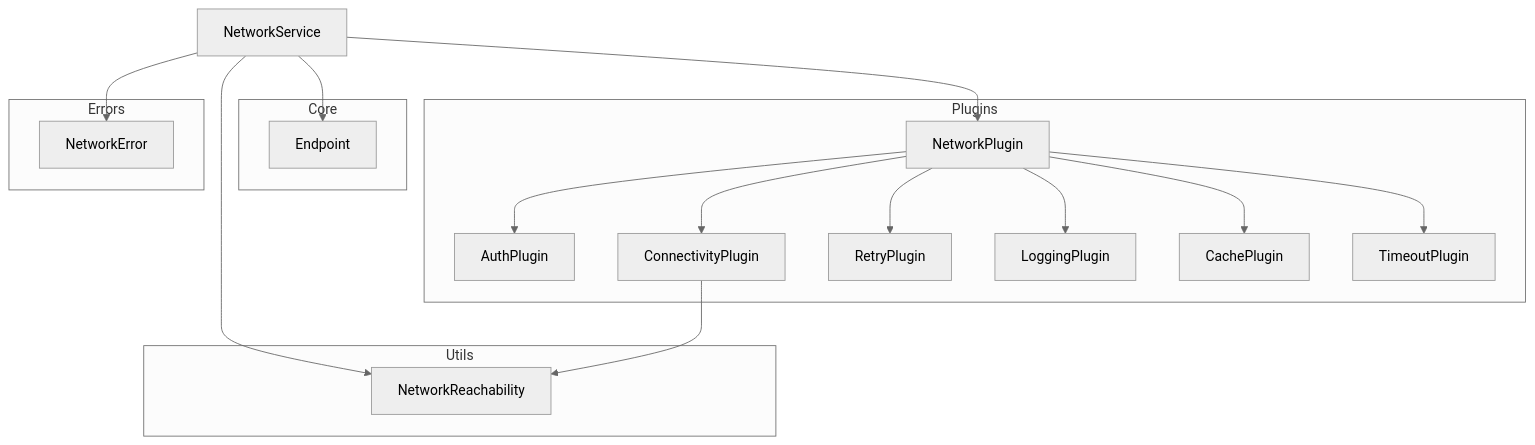
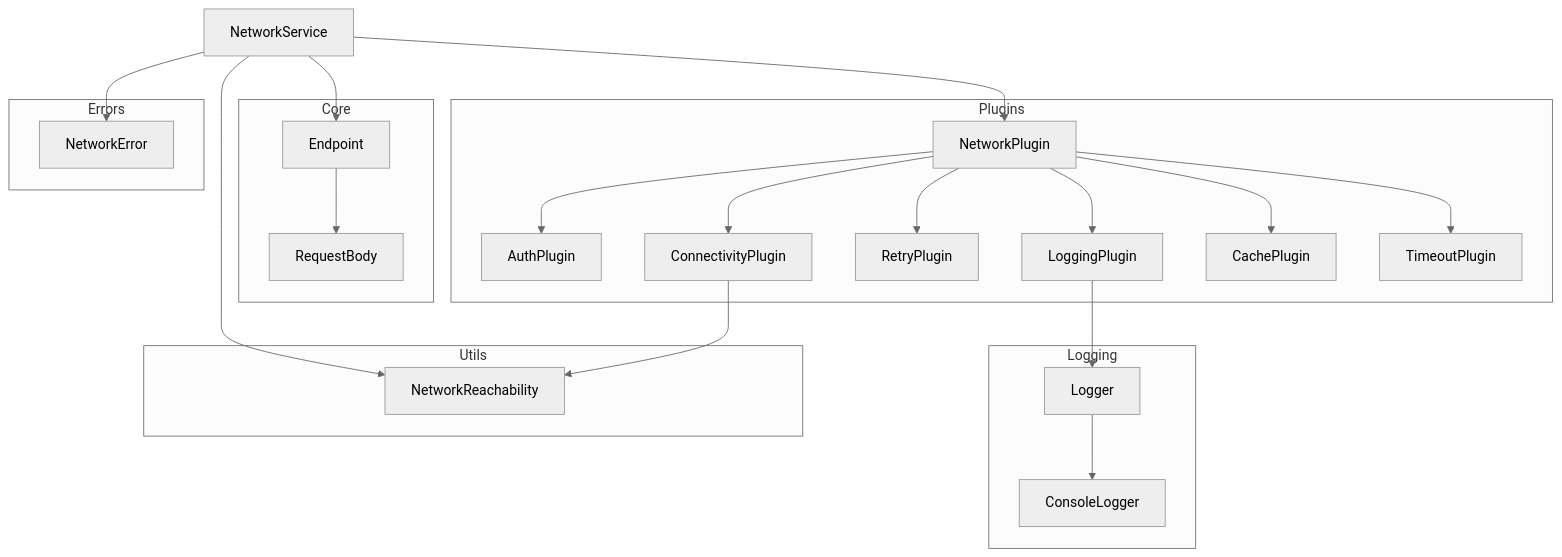
Before and after one commit to Jimmy-Jung/TossBankClone: the second of 2 diagrams in App/Modules/NetworkModule/README.md, drawn with Mermaid (neutral theme). The commit also changed other lines of this file, not shown here.

Commit message:
README 업데이트: LoggingPlugin 변경사항 반영 및 Logger 인터페이스 문서화

````diff
--- a/App/Modules/NetworkModule/README.md
+++ b/App/Modules/NetworkModule/README.md
@@ -113,38 +137,48 @@
 ```mermaid
 graph TD
     A[NetworkService] --> B[Endpoint]
     A --> C[NetworkPlugin]
     A --> D[NetworkReachability]
     A --> E[NetworkError]
+    B --> L[RequestBody]
     
     C --> F[AuthPlugin]
     C --> G[ConnectivityPlugin]
     C --> H[RetryPlugin]
     C --> I[LoggingPlugin]
     C --> J[CachePlugin]
     C --> K[TimeoutPlugin]
     
+    I --> M[Logger]
+    M --> N[ConsoleLogger]
+    
     G --> D
     
     subgraph Core
         B
+        L
     end
     
     subgraph Plugins
         C
         F
         G
         H
         I
         J
         K
     end
     
+    subgraph Logging
+        M
+        N
+    end
+    
     subgraph Errors
         E
     end
     
     subgraph Utils
         D
     end
 ```
````
